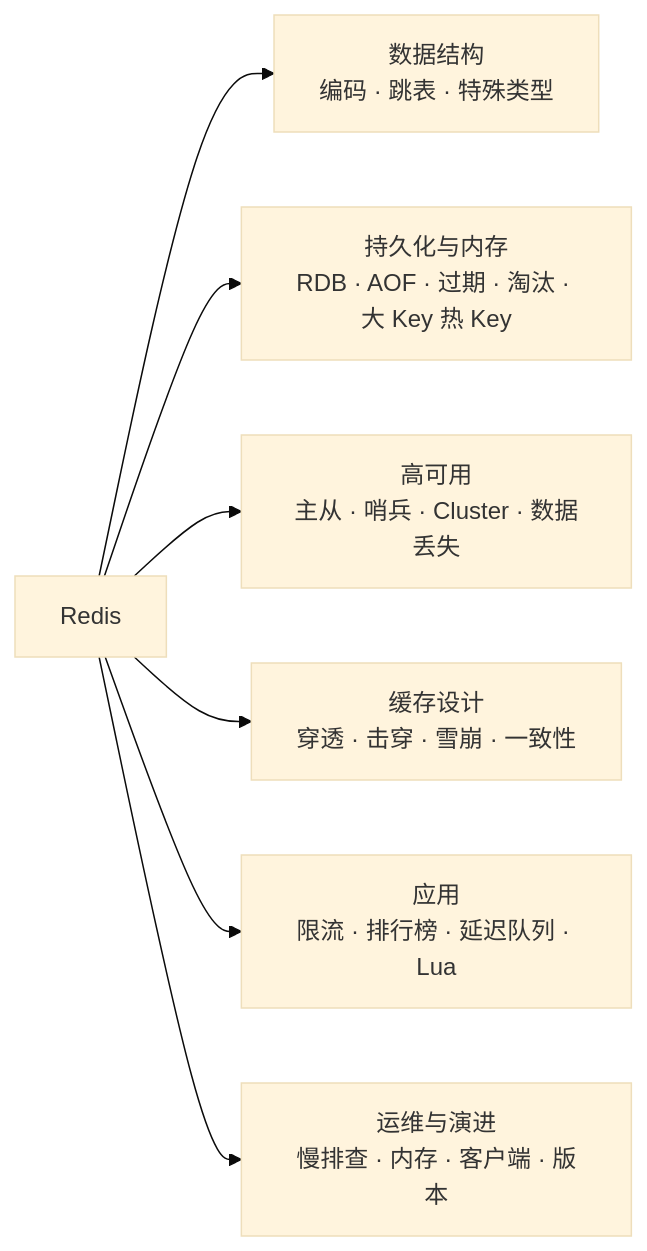
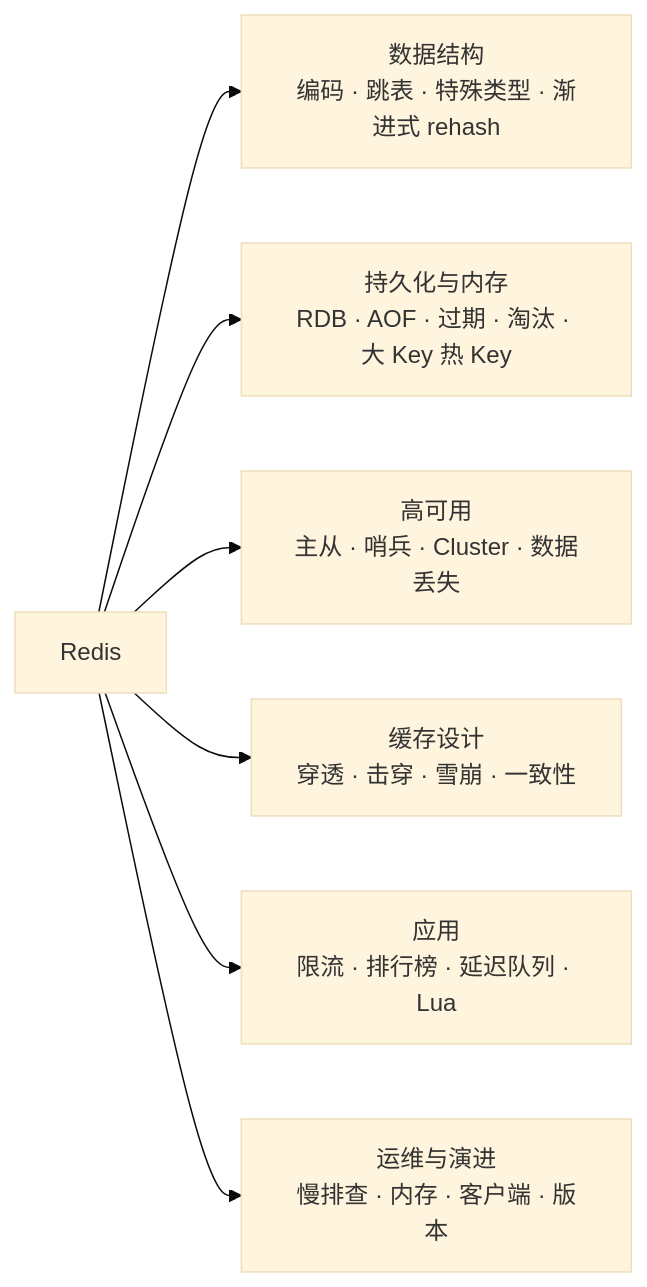
Before and after one commit to liulangjietou/interview: the first of 8 diagrams in 04-数据存储/17-Redis.md, drawn with Mermaid (base theme). The commit also changed other lines of this file and 5 other files, not shown here.

````diff
--- a/04-数据存储/17-Redis.md
+++ b/04-数据存储/17-Redis.md
@@ -10,9 +10,9 @@
 ```mermaid
 flowchart LR
-    ROOT["Redis"] --> DS["数据结构<br/>编码 · 跳表 · 特殊类型"]
+    ROOT["Redis"] --> DS["数据结构<br/>编码 · 跳表 · 特殊类型 · 渐进式 rehash"]
     ROOT --> PERSIST["持久化与内存<br/>RDB · AOF · 过期 · 淘汰 · 大 Key 热 Key"]
     ROOT --> HA["高可用<br/>主从 · 哨兵 · Cluster · 数据丢失"]
     ROOT --> CACHE["缓存设计<br/>穿透 · 击穿 · 雪崩 · 一致性"]
     ROOT --> APP["应用<br/>限流 · 排行榜 · 延迟队列 · Lua"]
     ROOT --> OPS["运维与演进<br/>慢排查 · 内存 · 客户端 · 版本"]
 ```
````
